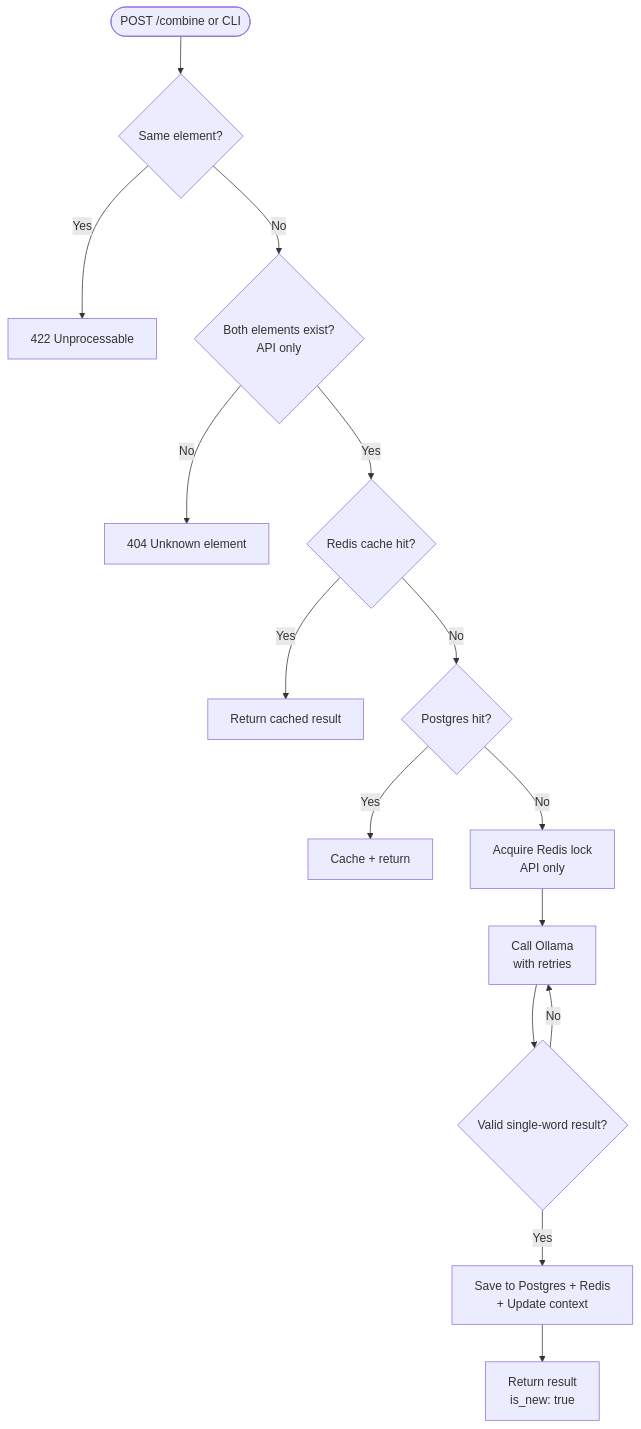
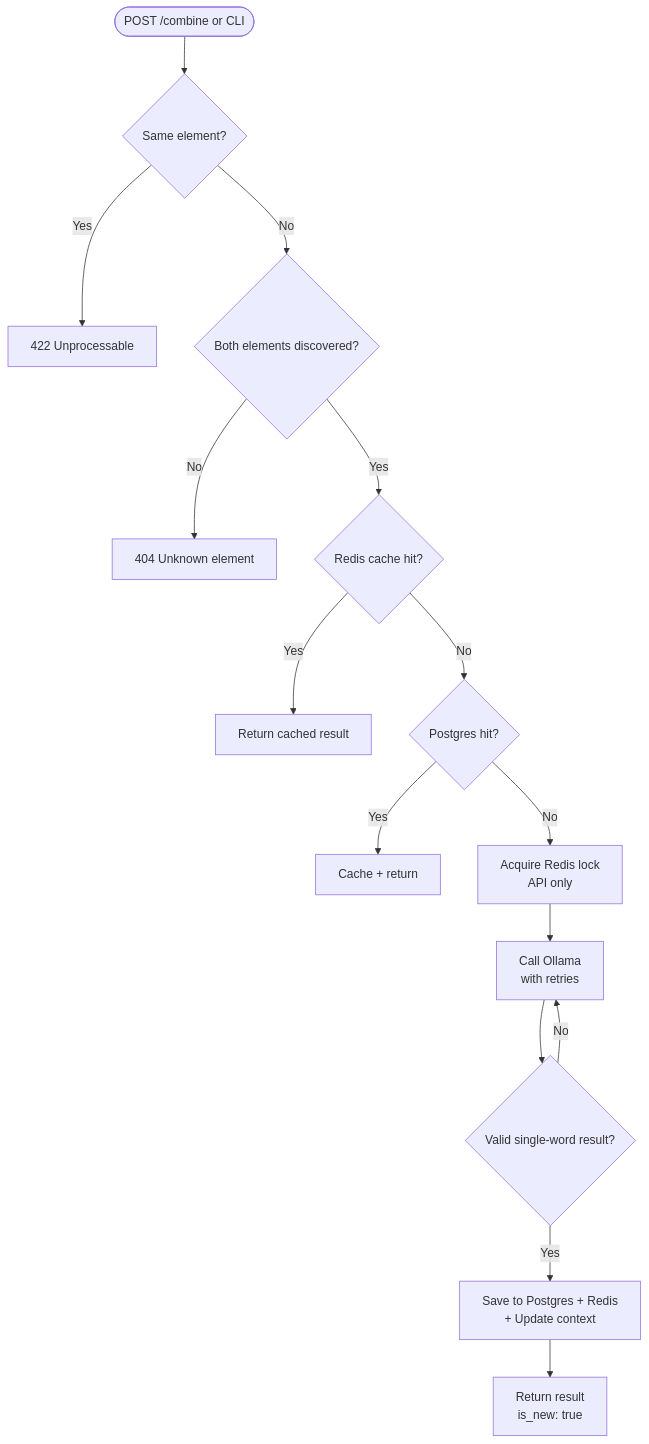
Before and after one commit to KarthikUdyawar/alchemy-crafter: the second of 4 diagrams in docs/ARCHITECTURE.md, drawn with Mermaid. The commit also changed 5 other files, not shown here.

Commit message:
refactor: let combine own the discovered check in the API route

````diff
--- a/docs/ARCHITECTURE.md
+++ b/docs/ARCHITECTURE.md
@@ -56,17 +56,17 @@
 ```mermaid
 flowchart TD
     A([POST /combine or CLI]) --> B{Same element?}
     B -->|Yes| C[422 Unprocessable]
-    B -->|No| D{Both elements exist?<br/>API only}
+    B -->|No| D{Both elements discovered?}
     D -->|No| E[404 Unknown element]
     D -->|Yes| F{Redis cache hit?}
     F -->|Yes| G[Return cached result]
     F -->|No| H{Postgres hit?}
     H -->|Yes| I[Cache + return]
     H -->|No| J[Acquire Redis lock<br/>API only]
     J --> K[Call Ollama \n with retries]
     K --> L{Valid single-word result?}
     L -->|No| K
     L -->|Yes| M[Save to Postgres + Redis\n+ Update context]
     M --> N[Return result\nis_new: true]
 ```
````
